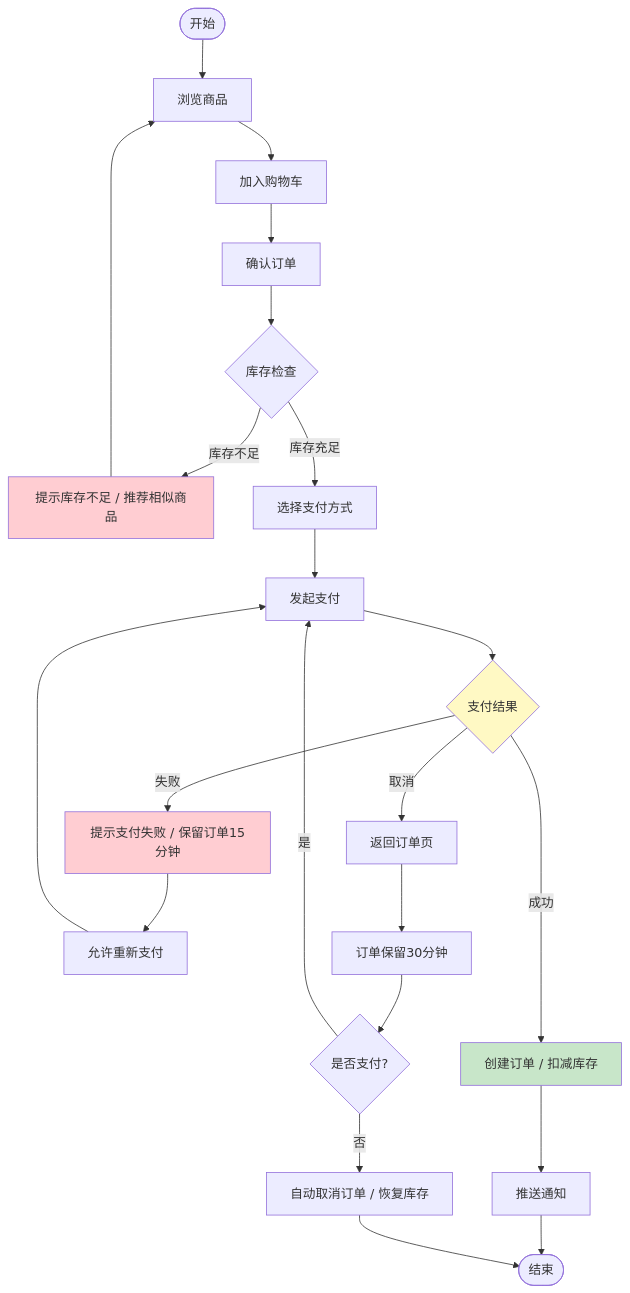
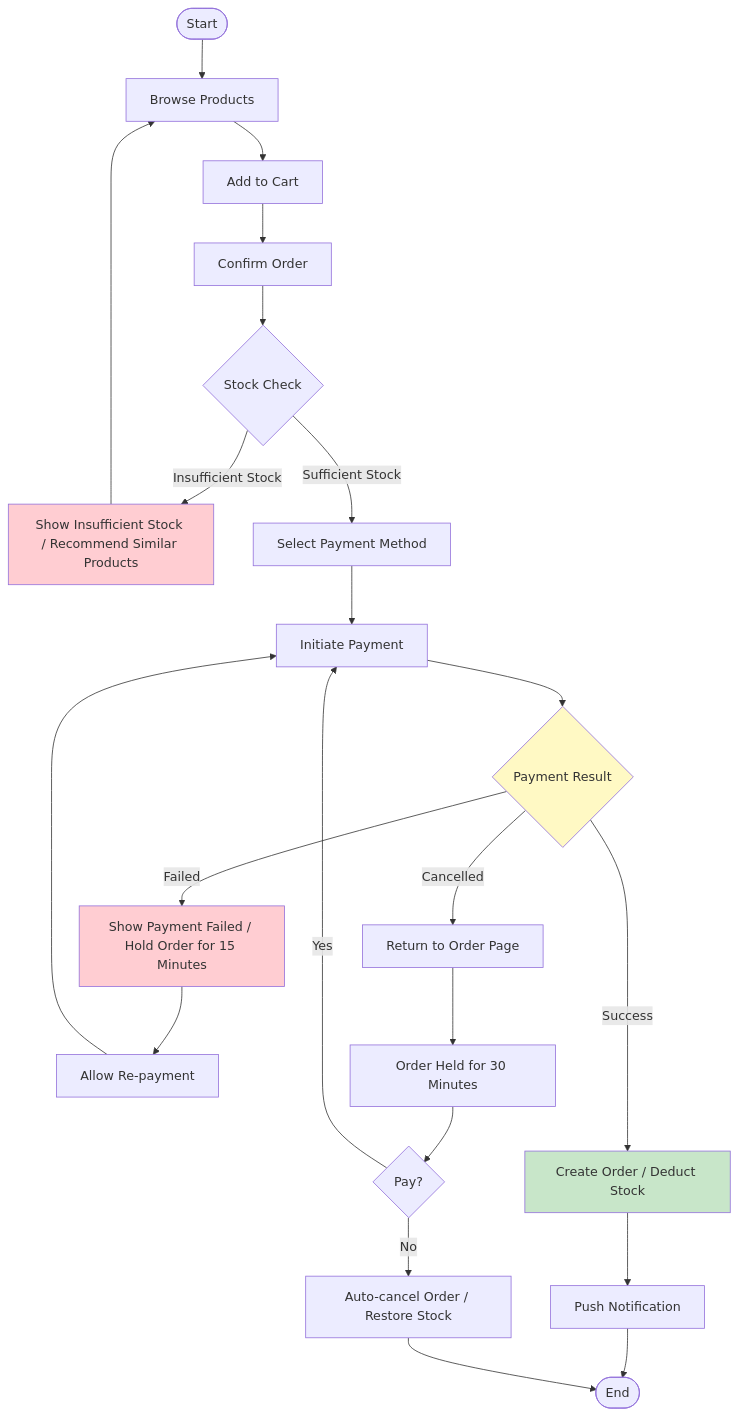
The eighth of 12 diagrams in templates/产品/产品层/【模板】产品需求文档.md (Kirky-X/cangjie), drawn with Mermaid before and after one commit. The commit also changed other lines of this file and 46 other files, not shown here.

````diff
--- a/templates/产品/产品层/【模板】产品需求文档.md
+++ b/templates/产品/产品层/【模板】产品需求文档.md
@@ -409,29 +409,29 @@
 ```mermaid
 flowchart TD
-    Start([开始]) --> A[浏览商品]
-    A --> B[加入购物车]
-    B --> C[确认订单]
-    C --> D{库存检查}
-    D -->|库存不足| E[提示库存不足 / 推荐相似商品]
+    Start([Start]) --> A[Browse Products]
+    A --> B[Add to Cart]
+    B --> C[Confirm Order]
+    C --> D{Stock Check}
+    D -->|Insufficient Stock| E[Show Insufficient Stock / Recommend Similar Products]
     E --> A
-    D -->|库存充足| F[选择支付方式]
-    F --> G[发起支付]
-    G --> H{支付结果}
-    H -->|成功| I[创建订单 / 扣减库存]
-    H -->|失败| J[提示支付失败 / 保留订单15分钟]
-    H -->|取消| K[返回订单页]
-    I --> L[推送通知]
-    J --> M[允许重新支付]
+    D -->|Sufficient Stock| F[Select Payment Method]
+    F --> G[Initiate Payment]
+    G --> H{Payment Result}
+    H -->|Success| I[Create Order / Deduct Stock]
+    H -->|Failed| J[Show Payment Failed / Hold Order for 15 Minutes]
+    H -->|Cancelled| K[Return to Order Page]
+    I --> L[Push Notification]
+    J --> M[Allow Re-payment]
     M --> G
-    K --> N[订单保留30分钟]
-    N --> O{是否支付?}
-    O -->|是| G
-    O -->|否| P[自动取消订单 / 恢复库存]
-    L --> Q([结束])
+    K --> N[Order Held for 30 Minutes]
+    N --> O{Pay?}
+    O -->|Yes| G
+    O -->|No| P[Auto-cancel Order / Restore Stock]
+    L --> Q([End])
     P --> Q
 
     style I fill:#c8e6c9
     style H fill:#fff9c4
     style E fill:#ffcdd2
     style J fill:#ffcdd2
 ```
````
